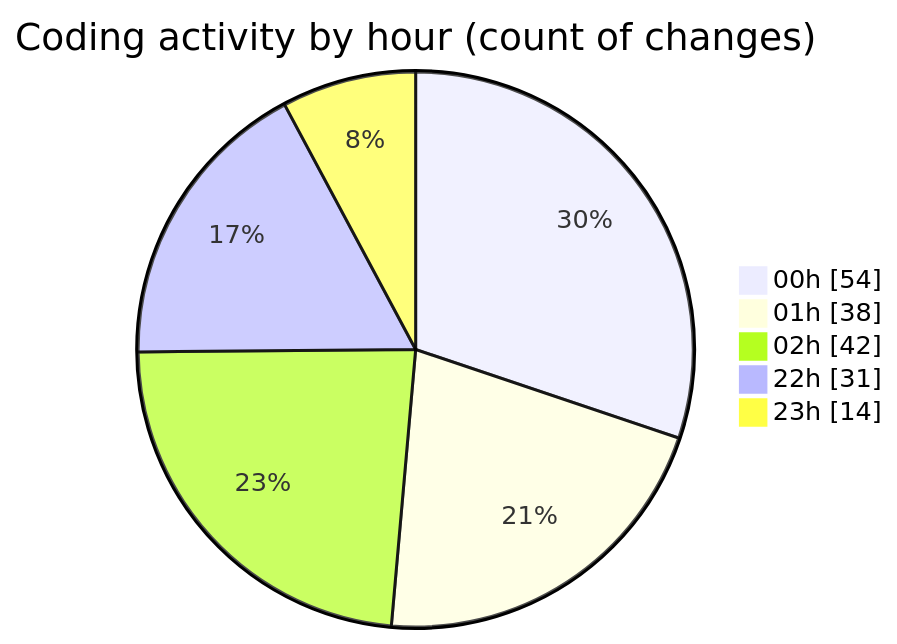
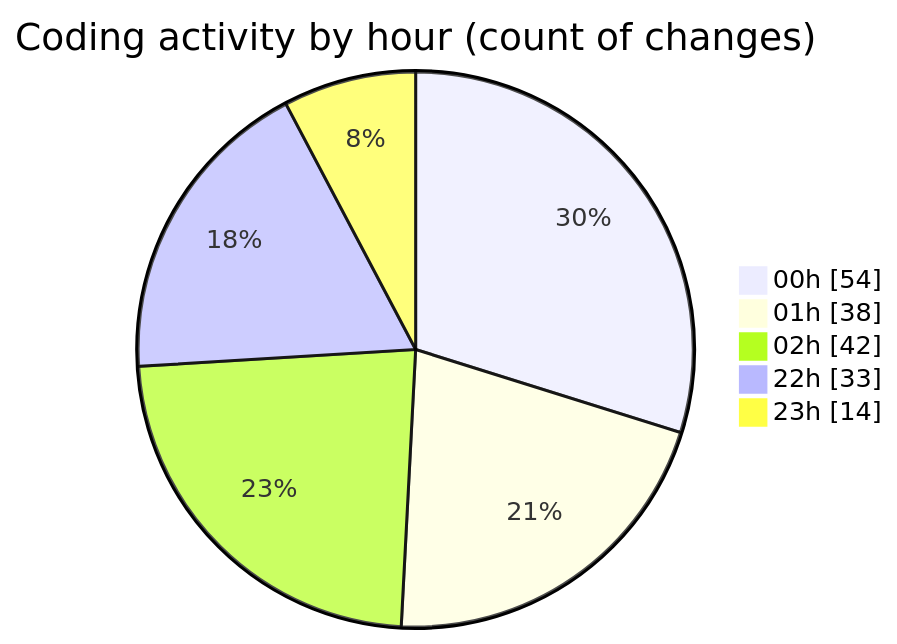
One commit to lephambinh05/code-tracking changed the second of 2 diagrams in 2025-08-20/quytuthien_vn/README.md. Above: the diagram before and after it, drawn with Mermaid. The commit also changed other lines of this file and 1 other file, not shown here.

````diff
--- a/2025-08-20/quytuthien_vn/README.md
+++ b/2025-08-20/quytuthien_vn/README.md
@@ -114,9 +114,9 @@
 ```mermaid
 pie showData
 title Coding activity by hour (count of changes)
 "00h" : 54
 "01h" : 38
 "02h" : 42
-"22h" : 31
+"22h" : 33
 "23h" : 14
 ```
````
